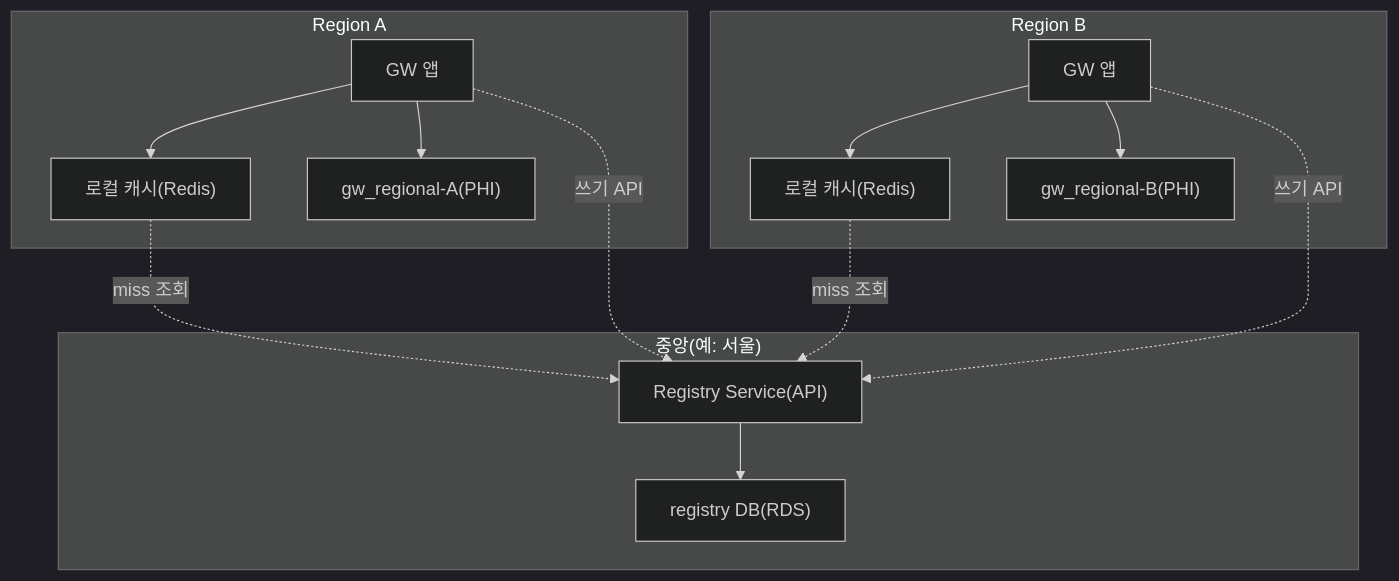
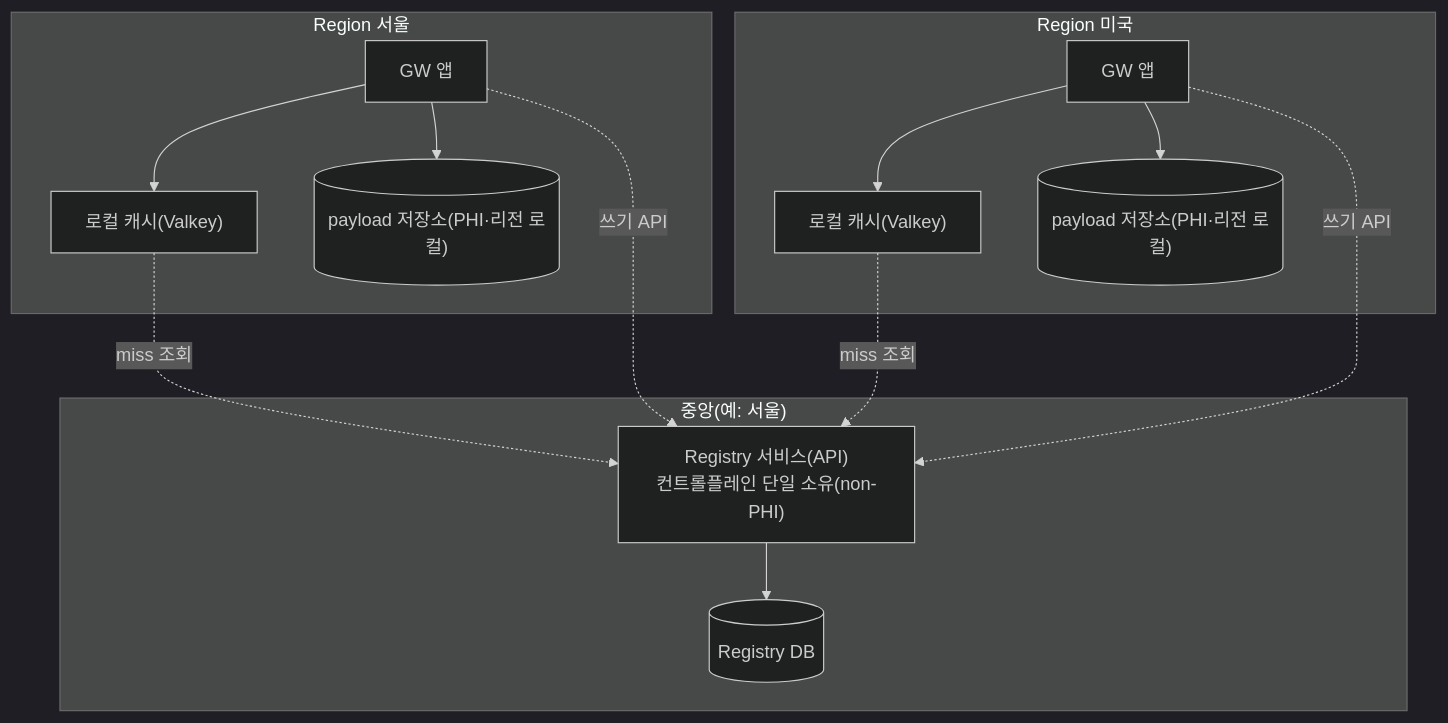
Before and after one commit to gracegyu/scp-architecture: the third of 3 diagrams in docs/VT_API_Gateway/08.VT_API_Gateway/VT-API-Gateway 7-30 GW 저장소 전역일관 vs 리전분리 결정.md, drawn with Mermaid (dark theme). The commit also changed other lines of this file and 1 other file, not shown here.

First line of the commit message:
docs(주간회의): GW 저장소 DB 선택 결정 문서 업데이트

````diff
--- a/docs/VT_API_Gateway/08.VT_API_Gateway/VT-API-Gateway 7-30 GW 저장소 전역일관 vs 리전분리 결정.md
+++ b/docs/VT_API_Gateway/08.VT_API_Gateway/VT-API-Gateway 7-30 GW 저장소 전역일관 vs 리전분리 결정.md
@@ -228,26 +187,26 @@
 ```mermaid
 flowchart TB
-  subgraph C["중앙(예: 서울)"]
-    SVC["Registry Service(API)"]
-    GDB["registry DB(RDS)"]
+  subgraph HUB["중앙(예: 서울)"]
+    SVC["Registry 서비스(API)<br/>컨트롤플레인 단일 소유(non-PHI)"]
+    GDB[("Registry DB")]
     SVC --> GDB
   end
-  subgraph A["Region A"]
+  subgraph RA["Region 서울"]
     APPA["GW 앱"]
-    CA["로컬 캐시(Redis)"]
-    RA["gw_regional-A(PHI)"]
+    CA["로컬 캐시(Valkey)"]
+    OBJA[("payload 저장소(PHI·리전 로컬)")]
     APPA --> CA
-    APPA --> RA
+    APPA --> OBJA
     CA -.->|"miss 조회"| SVC
     APPA -.->|"쓰기 API"| SVC
   end
-  subgraph B["Region B"]
+  subgraph RB["Region 미국"]
     APPB["GW 앱"]
-    CB["로컬 캐시(Redis)"]
-    RB["gw_regional-B(PHI)"]
+    CB["로컬 캐시(Valkey)"]
+    OBJB[("payload 저장소(PHI·리전 로컬)")]
     APPB --> CB
-    APPB --> RB
+    APPB --> OBJB
     CB -.->|"miss 조회"| SVC
     APPB -.->|"쓰기 API"| SVC
   end
 ```
````
